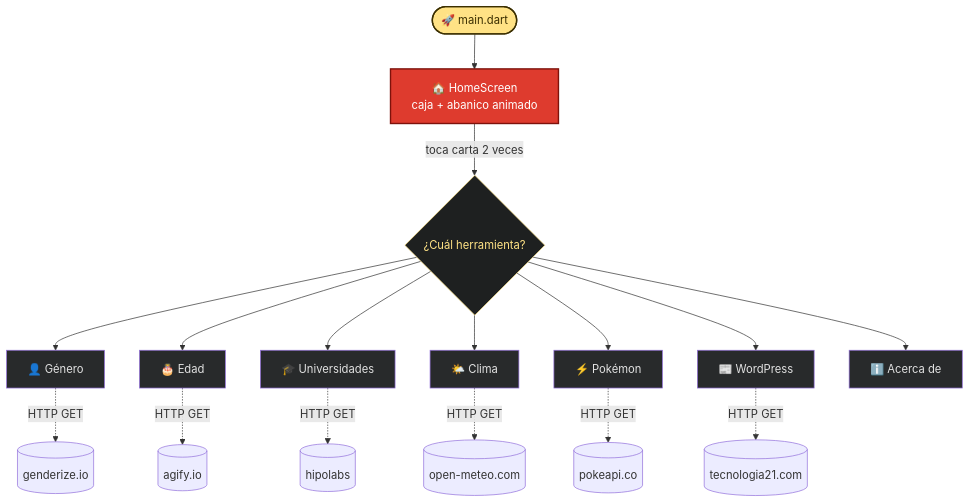
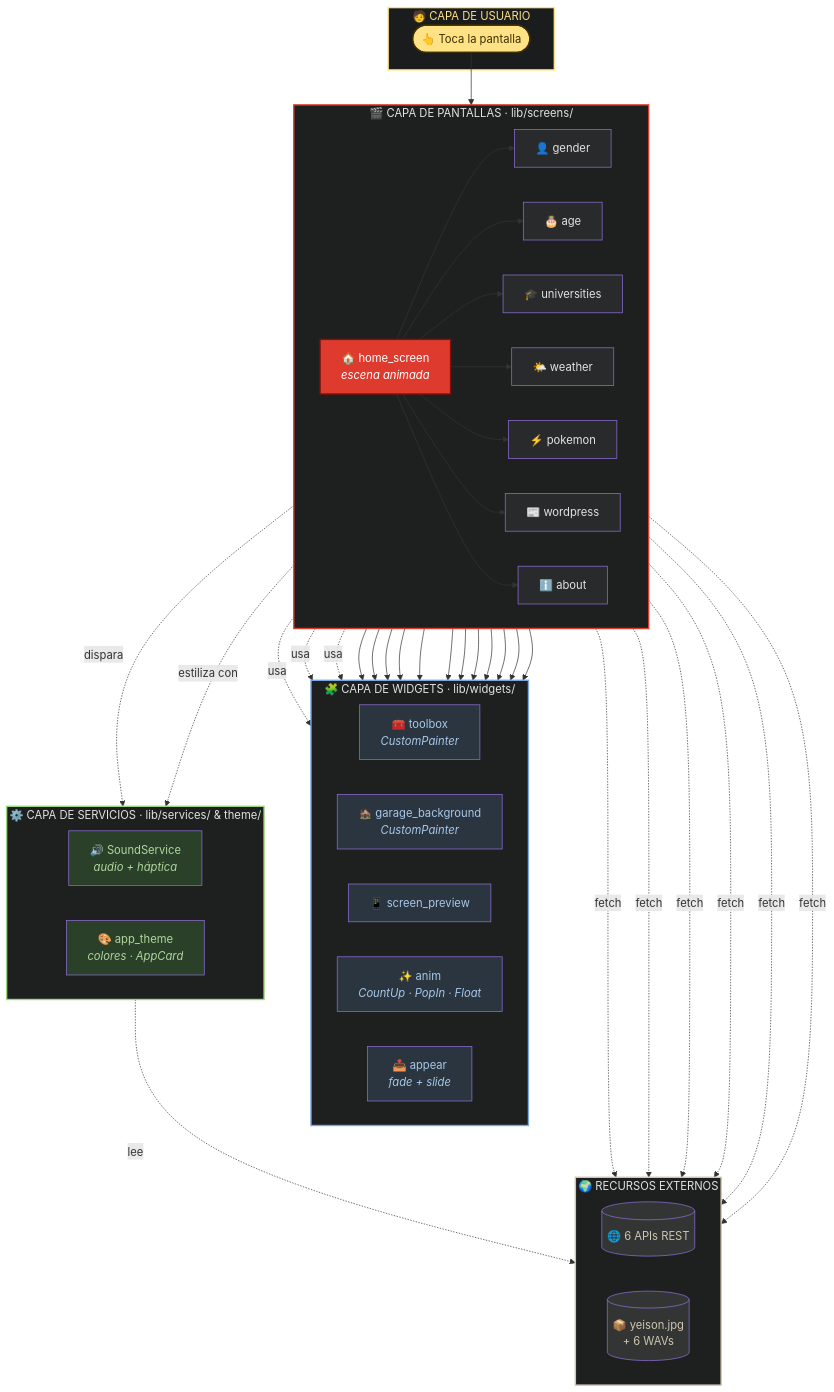
Before and after one commit to yeisondev001/Tarea5: the first of 3 diagrams in README.md, drawn with Mermaid. The commit also changed other lines of this file, not shown here.

Commit message:
docs: arquitectura en capas + flujo de usuario con leyenda visual

````diff
--- a/README.md
+++ b/README.md
@@ -164,32 +121,73 @@
 ```mermaid
-flowchart TD
-    Start(["🚀 main.dart"]) --> Home["🏠 HomeScreen<br/>caja + abanico animado"]
+flowchart TB
+    subgraph L1["🧑 CAPA DE USUARIO"]
+        User(["👆 Toca la pantalla"])
+    end
 
-    Home -->|"toca carta 2 veces"| Sel{"¿Cuál herramienta?"}
+    subgraph L2["🎬 CAPA DE PANTALLAS · lib/screens/"]
+        direction LR
+        HomeS["🏠 home_screen<br/><i>escena animada</i>"]
+        G["👤 gender"]
+        E["🎂 age"]
+        U["🎓 universities"]
+        W["🌤️ weather"]
+        P["⚡ pokemon"]
+        N["📰 wordpress"]
+        A["ℹ️ about"]
+    end
 
-    Sel --> G["👤 Género"]
-    Sel --> E["🎂 Edad"]
-    Sel --> U["🎓 Universidades"]
-    Sel --> W["🌤️ Clima"]
-    Sel --> P["⚡ Pokémon"]
-    Sel --> N["📰 WordPress"]
-    Sel --> A["ℹ️ Acerca de"]
+    subgraph L3["🧩 CAPA DE WIDGETS · lib/widgets/"]
+        direction LR
+        TB["🧰 toolbox<br/><i>CustomPainter</i>"]
+        GB["🏚️ garage_background<br/><i>CustomPainter</i>"]
+        SP["📱 screen_preview"]
+        AN["✨ anim<br/><i>CountUp · PopIn · Float</i>"]
+        AP["📥 appear<br/><i>fade + slide</i>"]
+    end
 
-    G -.->|HTTP GET| API1[("genderize.io")]
-    E -.->|HTTP GET| API2[("agify.io")]
-    U -.->|HTTP GET| API3[("hipolabs")]
-    W -.->|HTTP GET| API4[("open-meteo.com")]
-    P -.->|HTTP GET| API5[("pokeapi.co")]
-    N -.->|HTTP GET| API6[("tecnologia21.com")]
+    subgraph L4["⚙️ CAPA DE SERVICIOS · lib/services/ & theme/"]
+        direction LR
+        SS["🔊 SoundService<br/><i>audio + háptica</i>"]
+        TH["🎨 app_theme<br/><i>colores · AppCard</i>"]
+    end
 
-    style Start fill:#FFE285,color:#3B2F00,stroke:#3B2F00,stroke-width:2px
-    style Home fill:#DE3B2E,color:#fff,stroke:#7E120B,stroke-width:2px
-    style Sel fill:#1E2020,color:#FFE285,stroke:#FFE285
+    subgraph L5["🌍 RECURSOS EXTERNOS"]
+        direction LR
+        APIs[("🌐 6 APIs REST")]
+        Assets[("📦 yeison.jpg<br/>+ 6 WAVs")]
+    end
+
+    User --> HomeS
+    HomeS --> G & E & U & W & P & N & A
+    HomeS -.usa.-> TB & GB & SP
+    G & E & U & W & P & N --> AN & AP
+    HomeS -.dispara.-> SS
+    L2 -.estiliza con.-> TH
+    G & E & U & W & P & N -.fetch.-> APIs
+    SS -.lee.-> Assets
+
+    style L1 fill:#1A1C1D,stroke:#FFE285,stroke-width:2px,color:#FFE285
+    style L2 fill:#1E2020,stroke:#DE3B2E,stroke-width:2px,color:#E2E2E2
+    style L3 fill:#1E2020,stroke:#7BA7E3,stroke-width:2px,color:#E2E2E2
+    style L4 fill:#1E2020,stroke:#9CD67D,stroke-width:2px,color:#E2E2E2
+    style L5 fill:#1E2020,stroke:#CFC6AF,stroke-width:2px,color:#E2E2E2
+
+    style User fill:#FFE285,color:#3B2F00,stroke:#3B2F00,stroke-width:2px
+    style HomeS fill:#DE3B2E,color:#fff,stroke:#7E120B,stroke-width:2px
     style G fill:#282A2B,color:#E2E2E2
     style E fill:#282A2B,color:#E2E2E2
     style U fill:#282A2B,color:#E2E2E2
     style W fill:#282A2B,color:#E2E2E2
     style P fill:#282A2B,color:#E2E2E2
     style N fill:#282A2B,color:#E2E2E2
     style A fill:#282A2B,color:#E2E2E2
+    style TB fill:#2A3540,color:#A8C8E8
+    style GB fill:#2A3540,color:#A8C8E8
+    style SP fill:#2A3540,color:#A8C8E8
+    style AN fill:#2A3540,color:#A8C8E8
+    style AP fill:#2A3540,color:#A8C8E8
+    style SS fill:#2A4029,color:#B0D69D
+    style TH fill:#2A4029,color:#B0D69D
+    style APIs fill:#333535,color:#CFC6AF
+    style Assets fill:#333535,color:#CFC6AF
 ```
````
